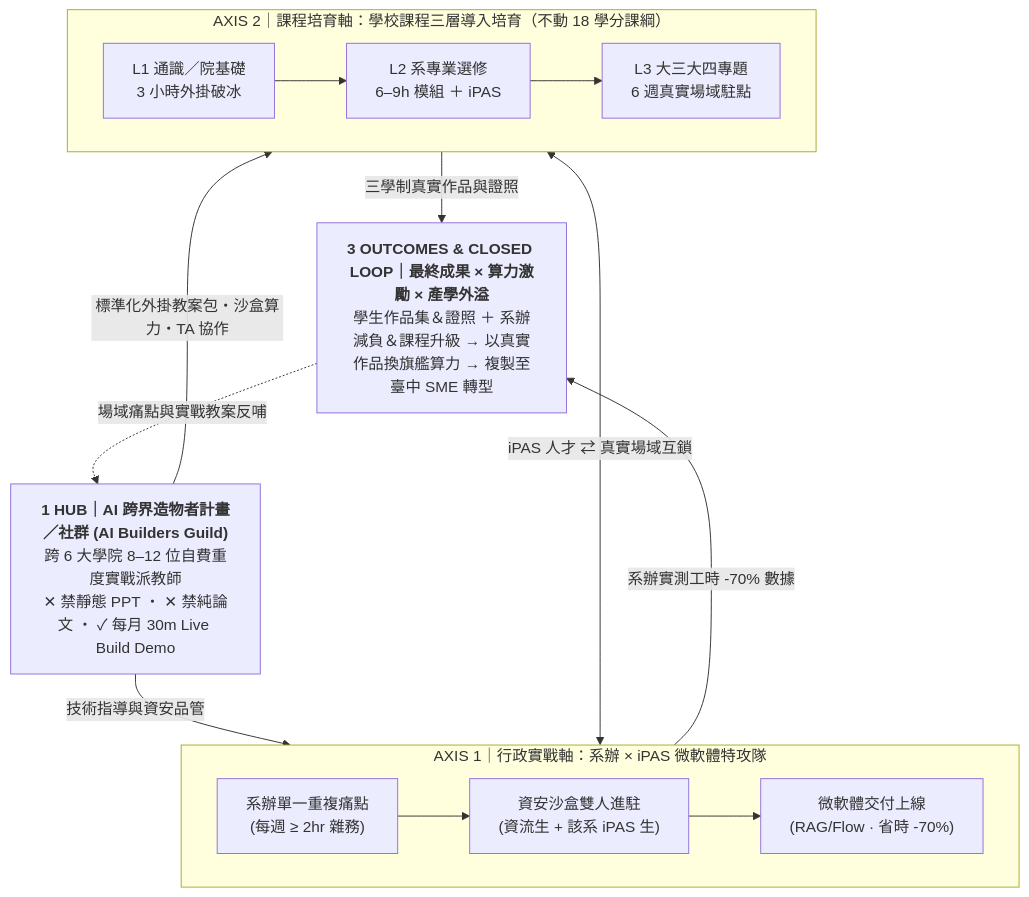
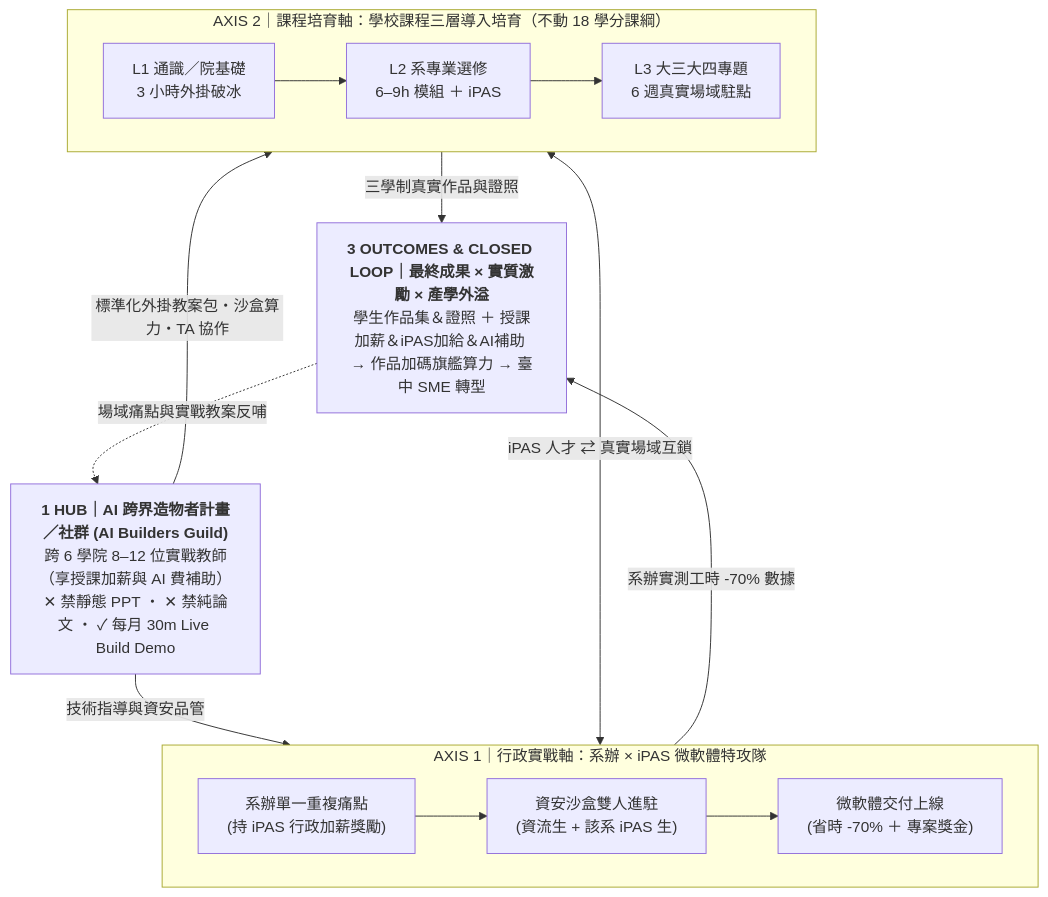
One commit to nutcelvischen-jpg/nutc-ai-open-door changed the first of 4 diagrams in README.md. Above: the diagram before and after it, drawn with Mermaid. The commit also changed other lines of this file and 2 other files, not shown here.

Commit message:
feat: add salary uplift, AI iPAS bonus, and AI fee subsidy incentives across plan and blueprint

````diff
--- a/README.md
+++ b/README.md
@@ -13,24 +13,24 @@
 ```mermaid
 flowchart TB
-    HUB["<b>1 HUB｜AI 跨界造物者計畫／社群 (AI Builders Guild)</b><br/>跨 6 大學院 8–12 位自費重度實戰派教師<br/>✕ 禁靜態 PPT ・ ✕ 禁純論文 ・ ✓ 每月 30m Live Build Demo"]
+    HUB["<b>1 HUB｜AI 跨界造物者計畫／社群 (AI Builders Guild)</b><br/>跨 6 學院 8–12 位實戰教師（享授課加薪與 AI 費補助）<br/>✕ 禁靜態 PPT ・ ✕ 禁純論文 ・ ✓ 每月 30m Live Build Demo"]
 
     HUB -->|"技術指導與資安品管"| A1
     HUB -->|"標準化外掛教案包・沙盒算力・TA 協作"| A2
 
     subgraph A1["AXIS 1｜行政實戰軸：系辦 × iPAS 微軟體特攻隊"]
         direction LR
-        P1["系辦單一重複痛點<br/>(每週 ≥ 2hr 雜務)"] --> P2["資安沙盒雙人進駐<br/>(資流生 + 該系 iPAS 生)"] --> P3["微軟體交付上線<br/>(RAG/Flow · 省時 -70%)"]
+        P1["系辦單一重複痛點<br/>(持 iPAS 行政加薪獎勵)"] --> P2["資安沙盒雙人進駐<br/>(資流生 + 該系 iPAS 生)"] --> P3["微軟體交付上線<br/>(省時 -70% ＋ 專案獎金)"]
     end
 
     subgraph A2["AXIS 2｜課程培育軸：學校課程三層導入培育（不動 18 學分課綱）"]
         direction LR
         L1["L1 通識／院基礎<br/>3 小時外掛破冰"] --> L2["L2 系專業選修<br/>6–9h 模組 ＋ iPAS"] --> L3["L3 大三大四專題<br/>6 週真實場域駐點"]
     end
 
     A1 <-->|"iPAS 人才 ⇄ 真實場域互鎖"| A2
     A1 -->|"系辦實測工時 -70% 數據"| LOOP
     A2 -->|"三學制真實作品與證照"| LOOP
 
-    LOOP["<b>3 OUTCOMES & CLOSED LOOP｜最終成果 × 算力激勵 × 產學外溢</b><br/>學生作品集＆證照 ＋ 系辦減負＆課程升級 → 以真實作品換旗艦算力 → 複製至臺中 SME 轉型"]
+    LOOP["<b>3 OUTCOMES & CLOSED LOOP｜最終成果 × 實質激勵 × 產學外溢</b><br/>學生作品集＆證照 ＋ 授課加薪＆iPAS加給＆AI補助 → 作品加碼旗艦算力 → 臺中 SME 轉型"]
     LOOP -.->|"場域痛點與實戰教案反哺"| HUB
 ```
````
